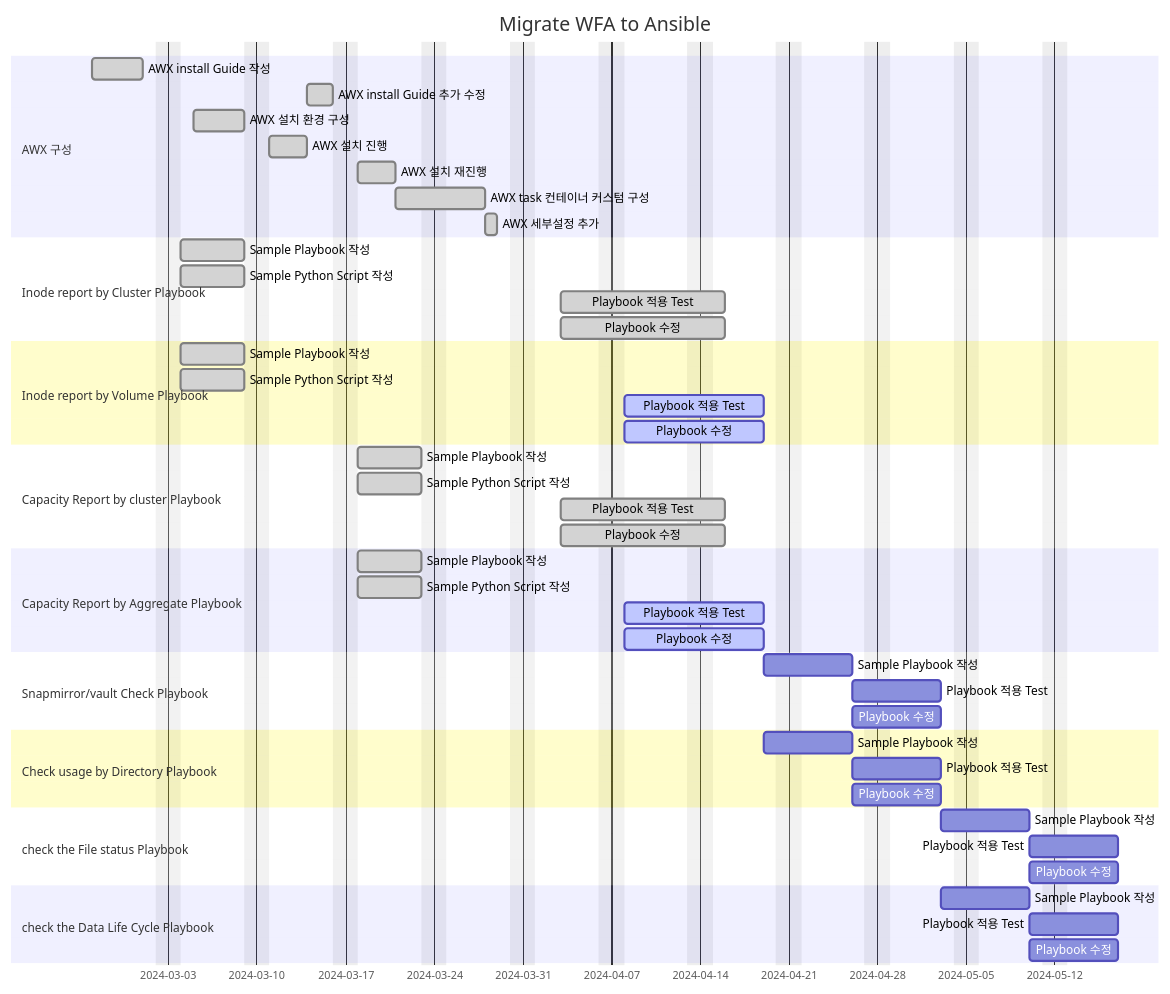
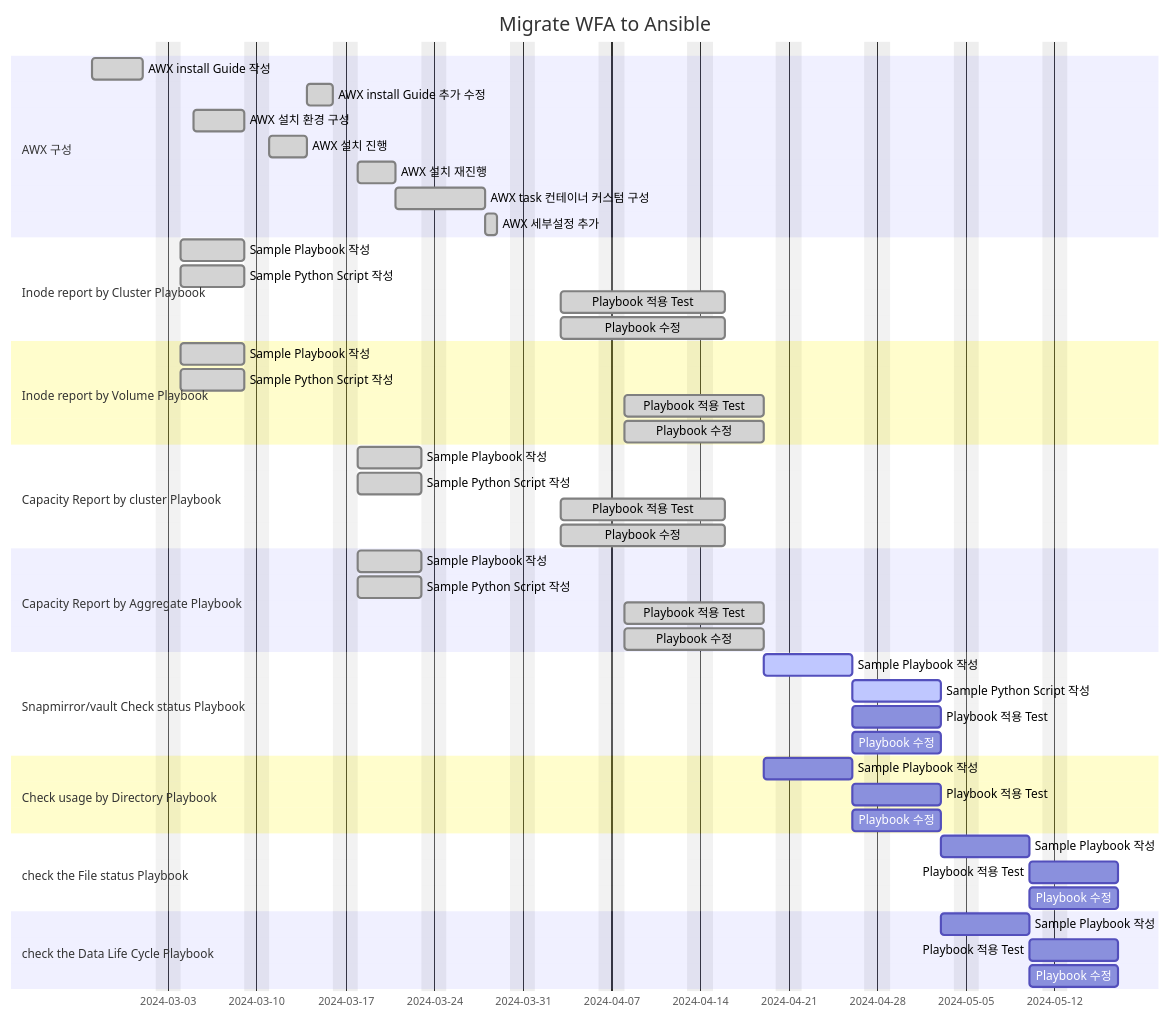
The diagram in SKHynix/Readme.md (netappkr/AnsiblePlaybook), drawn with Mermaid before and after one commit. The commit also changed other lines of this file, not shown here.

````diff
--- a/SKHynix/Readme.md
+++ b/SKHynix/Readme.md
@@ -70,60 +71,61 @@
 ```mermaid
 gantt
     title Migrate WFA to Ansible
     dateFormat  YYYY-MM-DD
     excludes    weekends
 
     section AWX 구성
     AWX install Guide 작성  : done, awx1, 2024-02-26, 4d
     AWX install Guide 추가 수정  : done, awx1-1, after awx3, 2d
     AWX 설치 환경 구성  : done, awx2, 2024-03-05, 4d
     AWX 설치 진행 : done, awx3, after awx2 , 3d
     AWX 설치 재진행 : done, awx3-1, after awx1-1 , 3d
     AWX task 컨테이너 커스텀 구성: done, awx3-2, after awx3-1, 5d
     AWX 세부설정 추가 : done, awx4, after awx3-2, 1d
     
 
     section Inode report by Cluster Playbook
     Sample Playbook 작성 : done, p1-1, 2024-03-04, 5d
     Sample Python Script 작성 : done, p1-2, 2024-03-04, 5d
     Playbook 적용 Test: done, p1-3, 2024-04-03,  9d
     Playbook 수정 : done, p1-4, 2024-04-03 , 9d
 
     section Inode report by Volume Playbook
     Sample Playbook 작성 : done, p2-1, 2024-03-04, 5d
     Sample Python Script 작성 : done, p2-2, 2024-03-04, 5d
-    Playbook 적용 Test: active, p2-3, 2024-04-08,  9d
-    Playbook 수정 : active, p2-4, 2024-04-08 , 9d
+    Playbook 적용 Test: done, p2-3, 2024-04-08,  9d
+    Playbook 수정 : done, p2-4, 2024-04-08 , 9d
 
     section Capacity Report by cluster Playbook
     Sample Playbook 작성 : done, p3-1, 2024-03-18, 5d
     Sample Python Script 작성 : done, p3-2, 2024-03-18, 5d
     Playbook 적용 Test: done, p3-3, 2024-04-03,  9d
     Playbook 수정 : done, p3-4, 2024-04-03 , 9d
 
     section Capacity Report by Aggregate Playbook
     Sample Playbook 작성 : done, p4-1, 2024-03-18, 5d
     Sample Python Script 작성 : done, p4-2, 2024-03-18, 5d
-    Playbook 적용 Test: active, p4-3, 2024-04-08,  9d
-    Playbook 수정 : active, p4-4, 2024-04-08 , 9d
+    Playbook 적용 Test: done, p4-3, 2024-04-08,  9d
+    Playbook 수정 : done, p4-4, 2024-04-08 , 9d
 
-    section Snapmirror/vault Check Playbook
-    Sample Playbook 작성 : p6-1, after p4-4, 5d
+    section Snapmirror/vault Check status Playbook
+    Sample Playbook 작성 : active, p6-1, after p4-4, 5d
+    Sample Python Script 작성 : active, p6-2, after p6-1, 5d
     Playbook 적용 Test: p6-2, after p6-1,  5d
     Playbook 수정 : p6-3, after p6-1 , 5d
 
     section Check usage by Directory Playbook
     Sample Playbook 작성 : p7-1, after p4-4, 5d
     Playbook 적용 Test: p7-2, after p7-1,  5d
     Playbook 수정 : p7-3, after p7-1 , 5d
 
     section check the File status Playbook
     Sample Playbook 작성 : p8-1, after p7-3, 5d
     Playbook 적용 Test: p8-2, after p8-1,  5d
     Playbook 수정 : p8-3, after p8-1 , 5d
 
     section check the Data Life Cycle Playbook
     Sample Playbook 작성 : p10-1, after p7-3, 5d
     Playbook 적용 Test: p10-2, after p10-1,  5d
     Playbook 수정 : p10-3, after p10-1 , 5d
 ```
````
